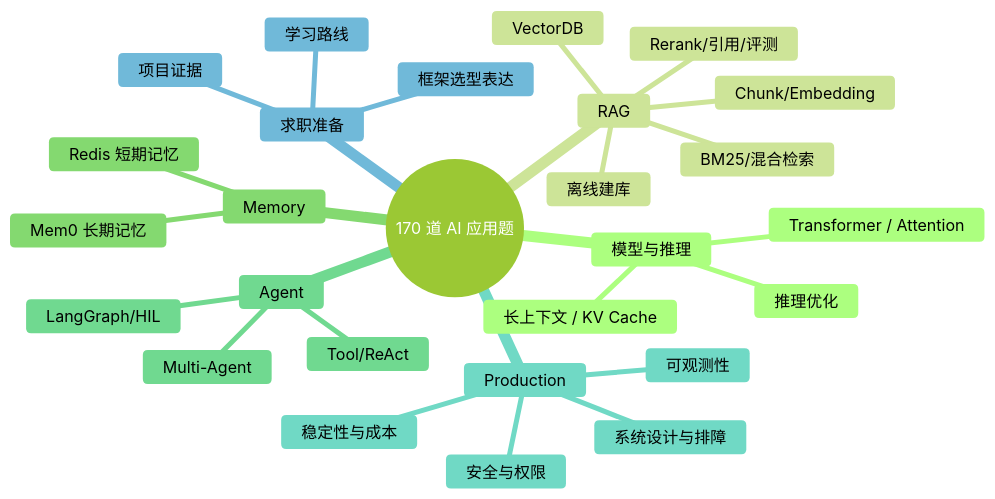
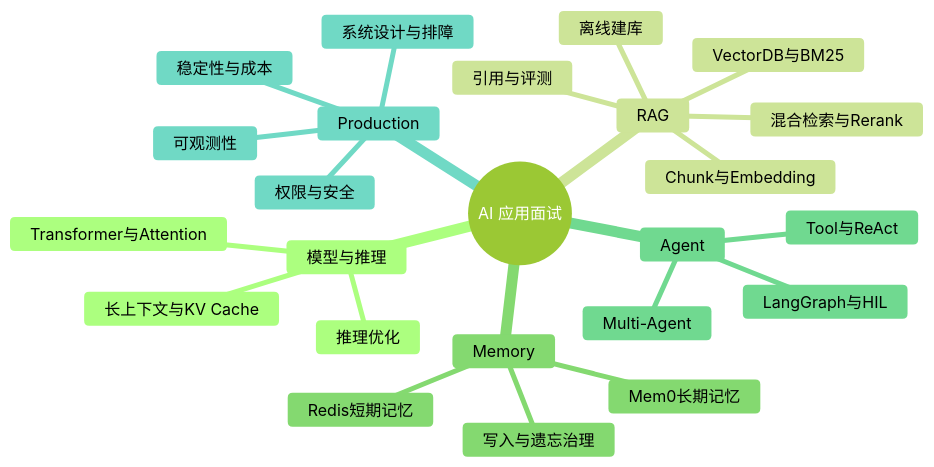
Before and after one commit to imberZsk/imber-blog: the diagram in src/content/knowledge/03-AI大模型应用开发/04-AI大模型应用面试题/01-学习指南.md, drawn with Mermaid (forest theme). The commit also changed other lines of this file and 213 other files, not shown here.

Commit message:
fix(knowledge): align guide sequences and strengthen guides (#31)

````diff
--- a/src/content/knowledge/03-AI大模型应用开发/04-AI大模型应用面试题/01-学习指南.md
+++ b/src/content/knowledge/03-AI大模型应用开发/04-AI大模型应用面试题/01-学习指南.md
@@ -8,30 +9,27 @@
 ```mermaid
 mindmap
-  root((170 道 AI 应用题))
+  root((AI 应用面试))
     模型与推理
-      Transformer / Attention
-      长上下文 / KV Cache
+      Transformer与Attention
+      长上下文与KV Cache
       推理优化
     RAG
       离线建库
-      Chunk/Embedding
-      VectorDB
-      BM25/混合检索
-      Rerank/引用/评测
+      Chunk与Embedding
+      VectorDB与BM25
+      混合检索与Rerank
+      引用与评测
     Memory
-      Redis 短期记忆
-      Mem0 长期记忆
+      Redis短期记忆
+      Mem0长期记忆
+      写入与遗忘治理
     Agent
-      Tool/ReAct
+      Tool与ReAct
+      LangGraph与HIL
       Multi-Agent
-      LangGraph/HIL
     Production
-      安全与权限
+      权限与安全
       可观测性
       稳定性与成本
       系统设计与排障
-    求职准备
-      框架选型表达
-      项目证据
-      学习路线
 ```
````
